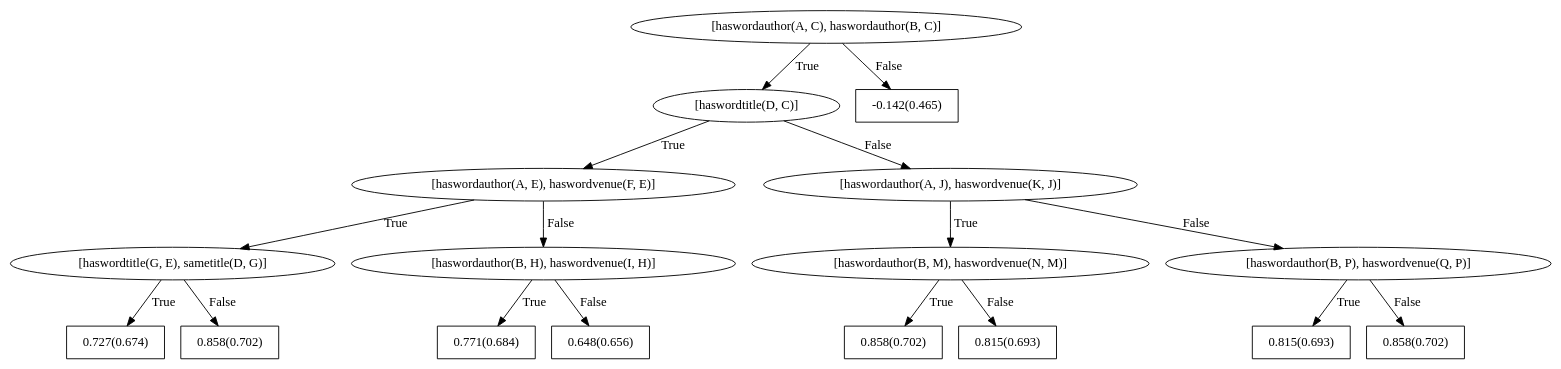
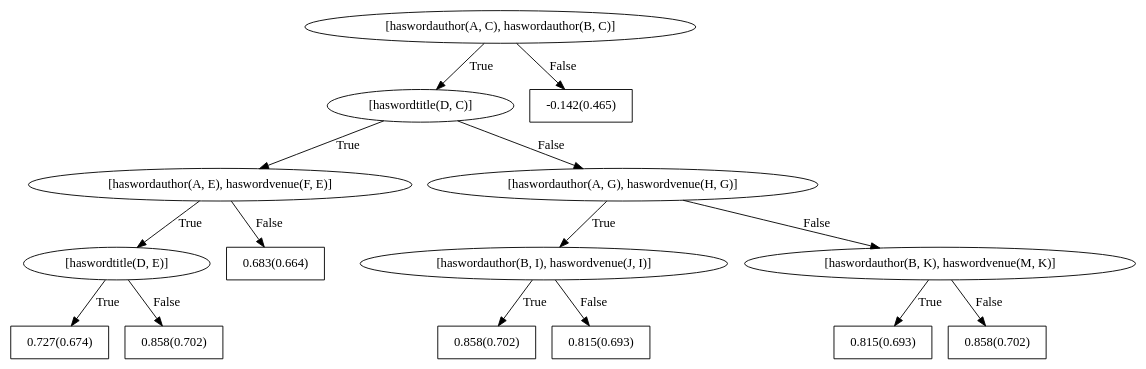
One commit to hayesall/Walk-ER changed the diagram in datasets/Cora/train/models/bRDNs/dotFiles/WILLTreeFor_sameauthor0.dot. Above: the diagram before and after it, drawn with Graphviz. The commit also changed 71 other files, not shown here.

Commit message:
mode_comparator worked for Cora, I do not think WebKB is significant since the graph is so small.

```diff
--- a/datasets/Cora/train/models/bRDNs/dotFiles/WILLTreeFor_sameauthor0.dot
+++ b/datasets/Cora/train/models/bRDNs/dotFiles/WILLTreeFor_sameauthor0.dot
@@ -1,35 +1,31 @@
 digraph G{ 
 1[label = "[haswordauthor(A, C), haswordauthor(B, C)]"];
 1 -> 2[label="True"];
 1 -> 3[label="False"];
 2[label = "[haswordtitle(D, C)]"];
 2 -> 4[label="True"];
 2 -> 5[label="False"];
 4[label = "[haswordauthor(A, E), haswordvenue(F, E)]"];
 4 -> 6[label="True"];
 4 -> 7[label="False"];
-6[label = "[haswordtitle(G, E), sametitle(D, G)]"];
+6[label = "[haswordtitle(D, E)]"];
 6 -> 8[label="True"];
 6 -> 9[label="False"];
 8[shape = box,label = "0.727(0.674)"];
 9[shape = box,label = "0.858(0.702)"];
-7[label = "[haswordauthor(B, H), haswordvenue(I, H)]"];
-7 -> 10[label="True"];
-7 -> 11[label="False"];
-10[shape = box,label = "0.771(0.684)"];
-11[shape = box,label = "0.648(0.656)"];
-5[label = "[haswordauthor(A, J), haswordvenue(K, J)]"];
-5 -> 12[label="True"];
-5 -> 13[label="False"];
-12[label = "[haswordauthor(B, M), haswordvenue(N, M)]"];
-12 -> 14[label="True"];
-12 -> 15[label="False"];
-14[shape = box,label = "0.858(0.702)"];
-15[shape = box,label = "0.815(0.693)"];
-13[label = "[haswordauthor(B, P), haswordvenue(Q, P)]"];
-13 -> 16[label="True"];
-13 -> 17[label="False"];
-16[shape = box,label = "0.815(0.693)"];
-17[shape = box,label = "0.858(0.702)"];
+7[shape = box,label = "0.683(0.664)"];
+5[label = "[haswordauthor(A, G), haswordvenue(H, G)]"];
+5 -> 10[label="True"];
+5 -> 11[label="False"];
+10[label = "[haswordauthor(B, I), haswordvenue(J, I)]"];
+10 -> 12[label="True"];
+10 -> 13[label="False"];
+12[shape = box,label = "0.858(0.702)"];
+13[shape = box,label = "0.815(0.693)"];
+11[label = "[haswordauthor(B, K), haswordvenue(M, K)]"];
+11 -> 14[label="True"];
+11 -> 15[label="False"];
+14[shape = box,label = "0.815(0.693)"];
+15[shape = box,label = "0.858(0.702)"];
 3[shape = box,label = "-0.142(0.465)"];
 }
```
